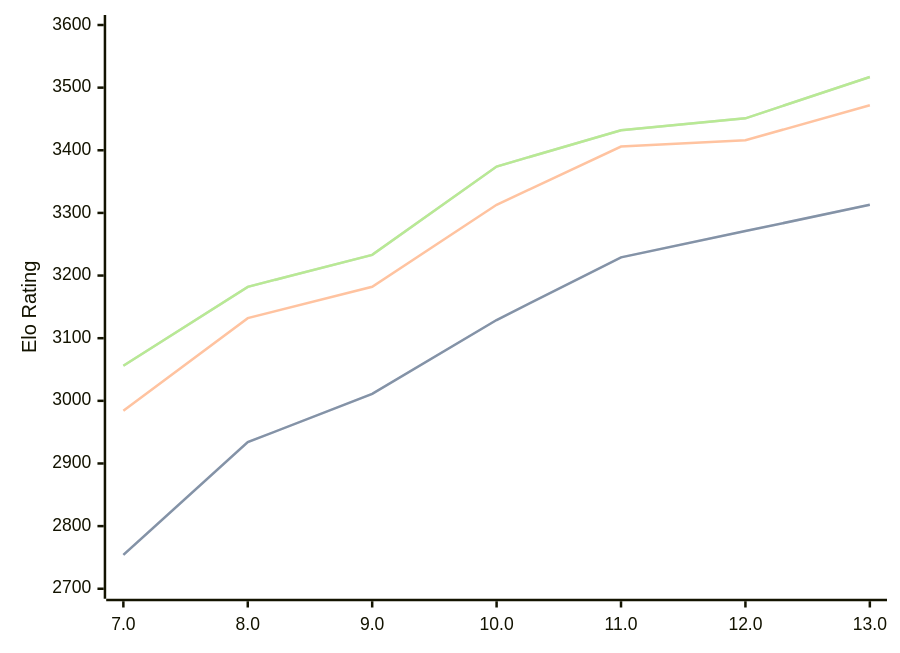
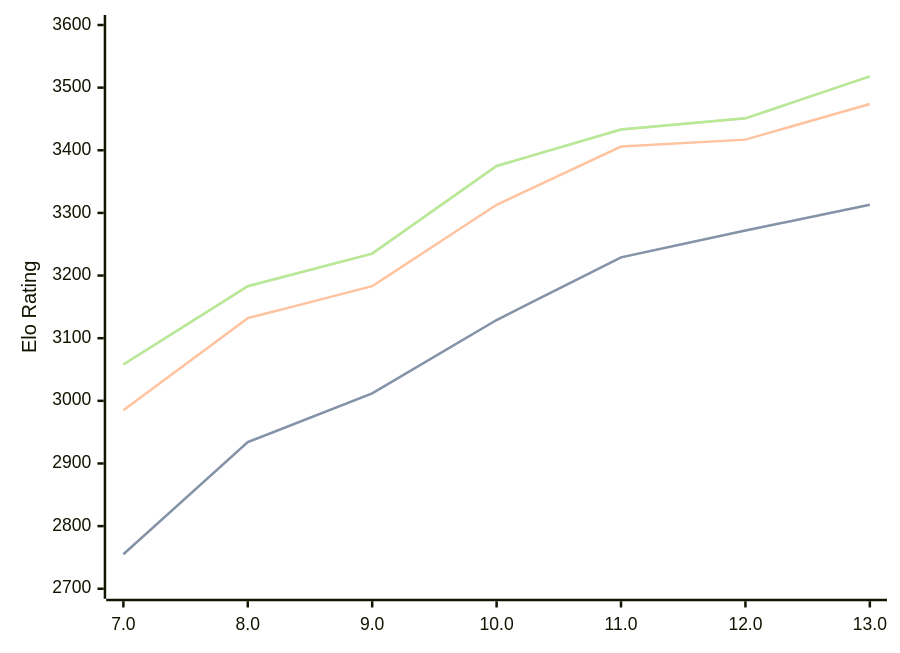
One commit to computer-chess-index/cci changed the diagram in engines/Tcheran.md. Above: the diagram before and after it, drawn with Mermaid. The commit also changed other lines of this file, not shown here.

Commit message:
Update CCI Ratings (ELO VLTC) - 2026-07-25

````diff
--- a/engines/Tcheran.md
+++ b/engines/Tcheran.md
@@ -51,11 +51,11 @@
 ```mermaid
 %%{init: {"theme":"base","themeVariables":{"seriesColors:['#a3a3a3','#222221','#faa371']}}}%%
 xychart-beta
   x-axis ["7.0", "8.0", "9.0", "10.0", "11.0", "12.0", "13.0"]
   y-axis "Elo Rating" 2700 --> 3600
-  line "STC (8.0+0.08s)" [2754, 2934, 3011, 3129, 3229, 3271, 3313]
-  line "STC (8.0+0.08s)" [2754, 2934, 3011, 3129, 3229, 3271, 3313]
-  line "LTC (60.0+0.60s)" [2984, 3132, 3182, 3313, 3406, 3416, 3472]
-  line "VLTC (2m24s+1.12s)" [3056, 3182, 3233, 3374, 3432, 3451, 3517]
-  line "VLTC (2m24s+1.12s)" [3056, 3182, 3233, 3374, 3432, 3451, 3517]
+  line "STC (8.0+0.08s)" [2755, 2934, 3012, 3129, 3229, 3272, 3313]
+  line "STC (8.0+0.08s)" [2755, 2934, 3012, 3129, 3229, 3272, 3313]
+  line "LTC (60.0+0.60s)" [2985, 3132, 3183, 3313, 3406, 3417, 3474]
+  line "VLTC (2m24s+1.12s)" [3058, 3183, 3235, 3375, 3433, 3451, 3518]
+  line "VLTC (2m24s+1.12s)" [3058, 3183, 3235, 3375, 3433, 3451, 3518]
 ```
````
